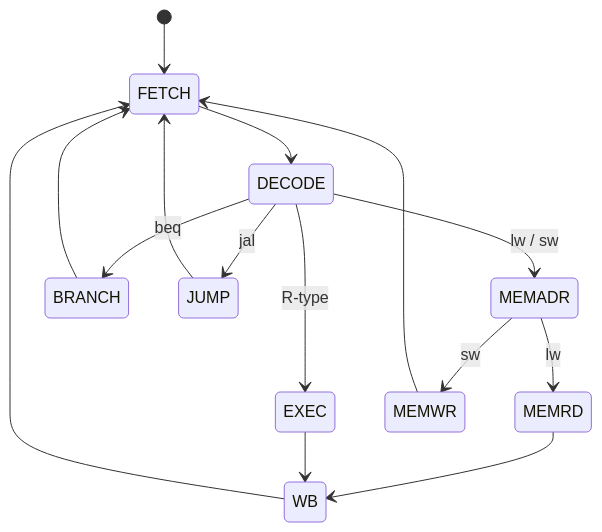
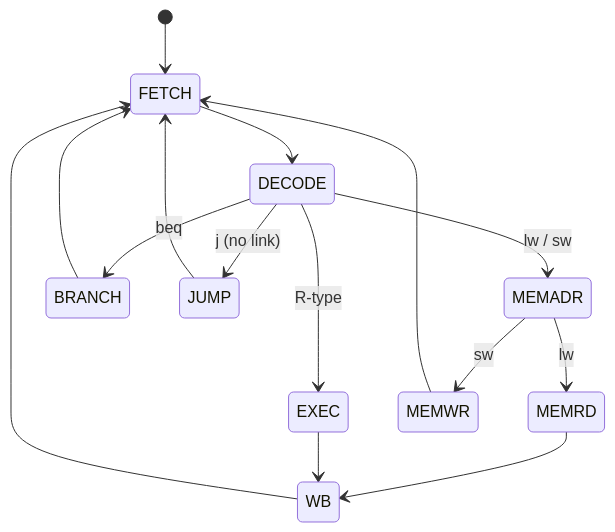
The diagram in content/questions/q0905.md (atallm7/monty-prep), drawn with Mermaid before and after one commit. The commit also changed other lines of this file and 118 other files, not shown here.

````diff
--- a/content/questions/q0905.md
+++ b/content/questions/q0905.md
@@ -104,17 +104,17 @@
 ```mermaid
 stateDiagram-v2
   [*] --> FETCH
   FETCH --> DECODE
   DECODE --> MEMADR: lw / sw
   DECODE --> EXEC: R-type
   DECODE --> BRANCH: beq
-  DECODE --> JUMP: jal
+  DECODE --> JUMP: j (no link)
   MEMADR --> MEMRD: lw
   MEMADR --> MEMWR: sw
   MEMRD --> WB
   EXEC --> WB
   MEMWR --> FETCH
   BRANCH --> FETCH
   JUMP --> FETCH
   WB --> FETCH
 ```
````
